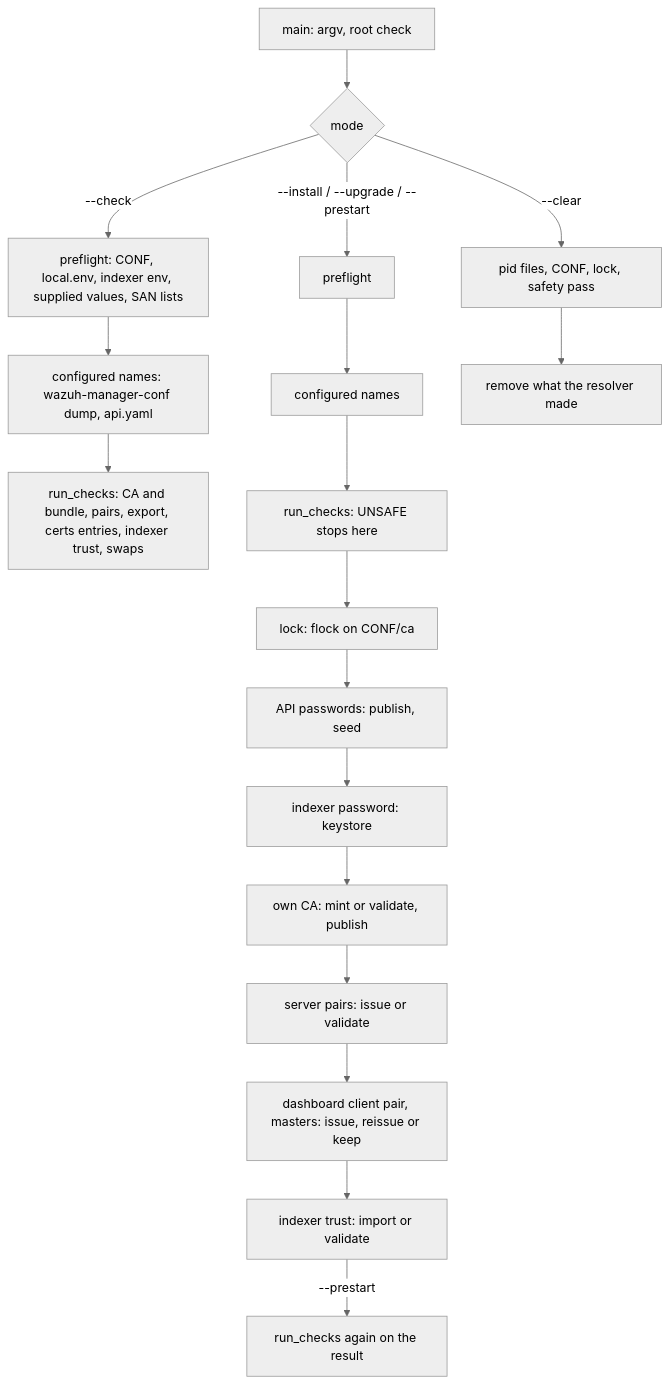
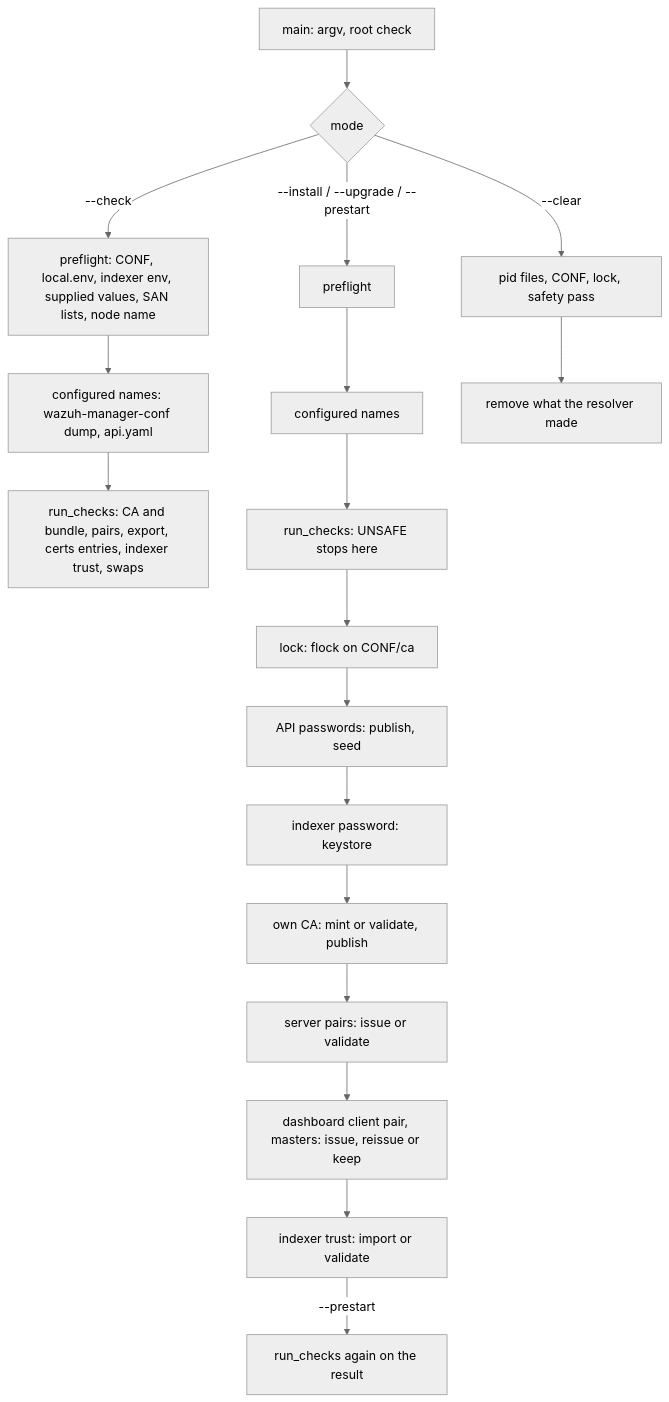
Before and after one commit to wazuh/wazuh: the diagram in src/init/credentials/README.md, drawn with Mermaid (neutral theme). The commit also changed other lines of this file and 183 other files, not shown here.

````diff
--- a/src/init/credentials/README.md
+++ b/src/init/credentials/README.md
@@ -71,20 +72,20 @@
 ```mermaid
 flowchart TD
     A[main: argv, root check] --> B{mode}
-    B -->|--check| C[preflight: CONF, local.env, indexer env, supplied values, SAN lists]
+    B -->|--check| C[preflight: CONF, local.env, indexer env, supplied values, SAN lists, node name]
     C --> T[configured names: wazuh-manager-conf dump, api.yaml]
     T --> D[run_checks: CA and bundle, pairs, export, certs entries, indexer trust, swaps]
     B -->|--install / --upgrade / --prestart| E[preflight]
     E --> U[configured names]
     U --> F[run_checks: UNSAFE stops here]
     F --> G[lock: flock on CONF/ca]
     G --> H[API passwords: publish, seed]
     H --> I[indexer password: keystore]
     I --> J[own CA: mint or validate, publish]
     J --> K[server pairs: issue or validate]
     K --> P[dashboard client pair, masters: issue, reissue or keep]
     P --> L[indexer trust: import or validate]
     L -->|--prestart| R[run_checks again on the result]
     B -->|--clear| M[pid files, CONF, lock, safety pass]
     M --> N[remove what the resolver made]
 ```
````
